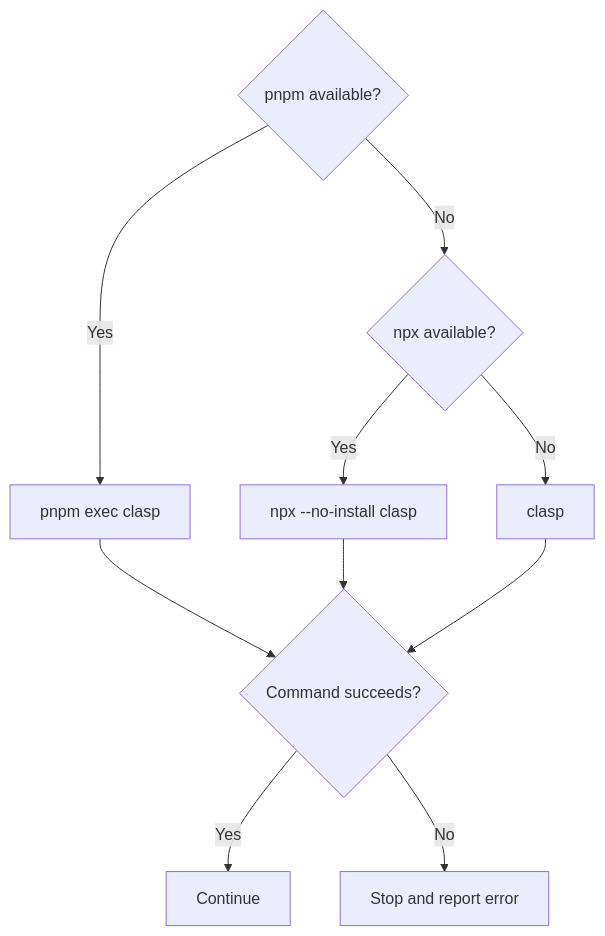
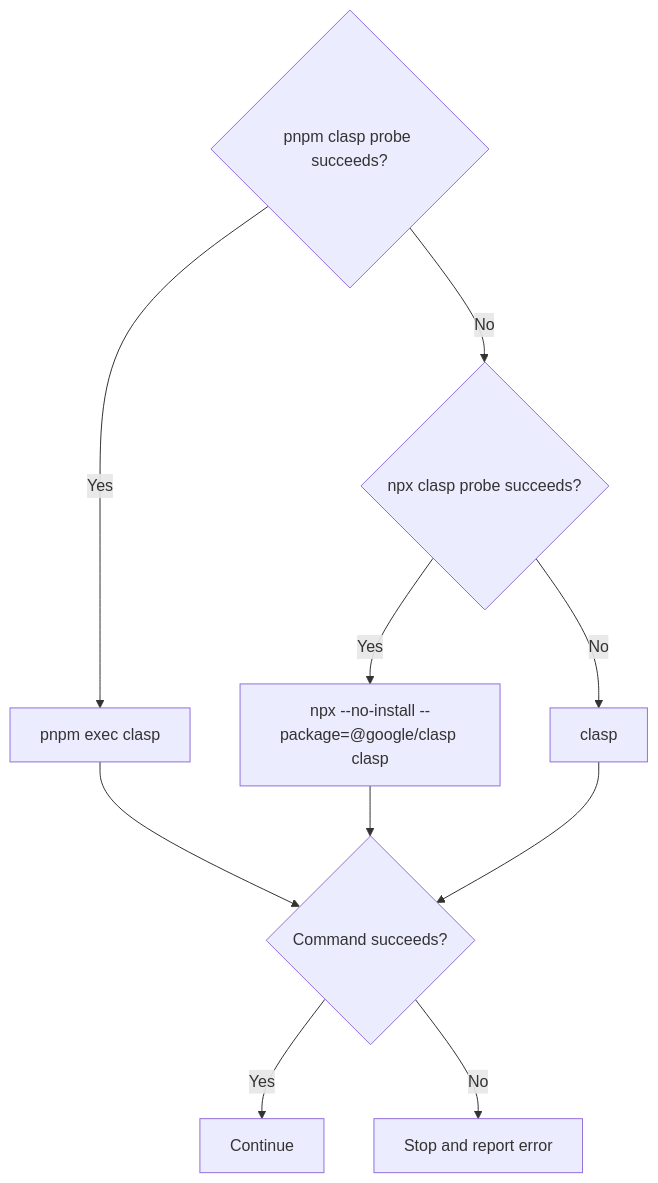
The second of 2 diagrams in skills/gas-html-artifact/SKILL.md (dceoy/ai-coding-agent-skills), drawn with Mermaid before and after one commit. The commit also changed other lines of this file and 3 other files, not shown here.

Commit message:
fix: probe official clasp runners before deployment

````diff
--- a/skills/gas-html-artifact/SKILL.md
+++ b/skills/gas-html-artifact/SKILL.md
@@ -64,12 +64,12 @@
 ```mermaid
 flowchart TD
-    A{pnpm available?} -- Yes --> B["pnpm exec clasp"]
-    A -- No --> C{npx available?}
-    C -- Yes --> D["npx --no-install clasp"]
+    A{pnpm clasp probe succeeds?} -- Yes --> B["pnpm exec clasp"]
+    A -- No --> C{npx clasp probe succeeds?}
+    C -- Yes --> D["npx --no-install --package=@google/clasp clasp"]
     C -- No --> E["clasp"]
     B --> F{Command succeeds?}
     D --> F
     E --> F
     F -- Yes --> G[Continue]
     F -- No --> H[Stop and report error]
 ```
````
